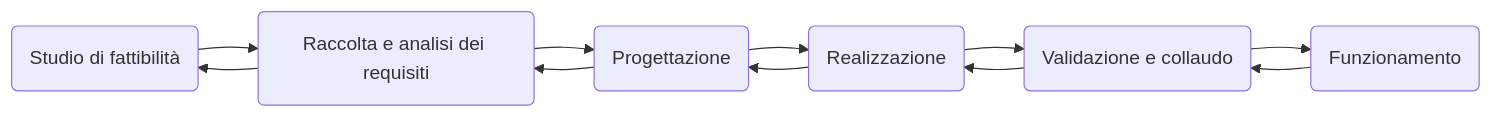
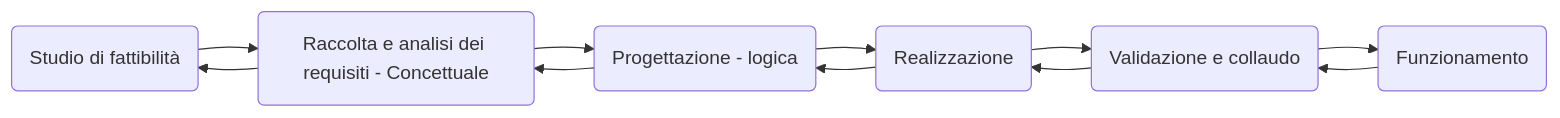
One commit to Raven-s-Soul/Basi-di-dati changed the first of 3 diagrams in ER(EntityRelationship).md. Above: the diagram before and after it, drawn with Mermaid.

````diff
--- a/ER(EntityRelationship).md
+++ b/ER(EntityRelationship).md
@@ -13,13 +13,13 @@
 ```mermaid
 flowchart LR
-    A(Studio di fattibilità) --> B(Raccolta e analisi dei requisiti)
+    A(Studio di fattibilità) --> B(Raccolta e analisi dei requisiti - Concettuale)
     B --> A
-    B --> C(Progettazione)
+    B --> C(Progettazione - logica)
     C --> B
     C --> D(Realizzazione)
     D --> C
     D --> E(Validazione e collaudo)
     E --> D
     E --> F(Funzionamento)
     F --> E
 ```
````
